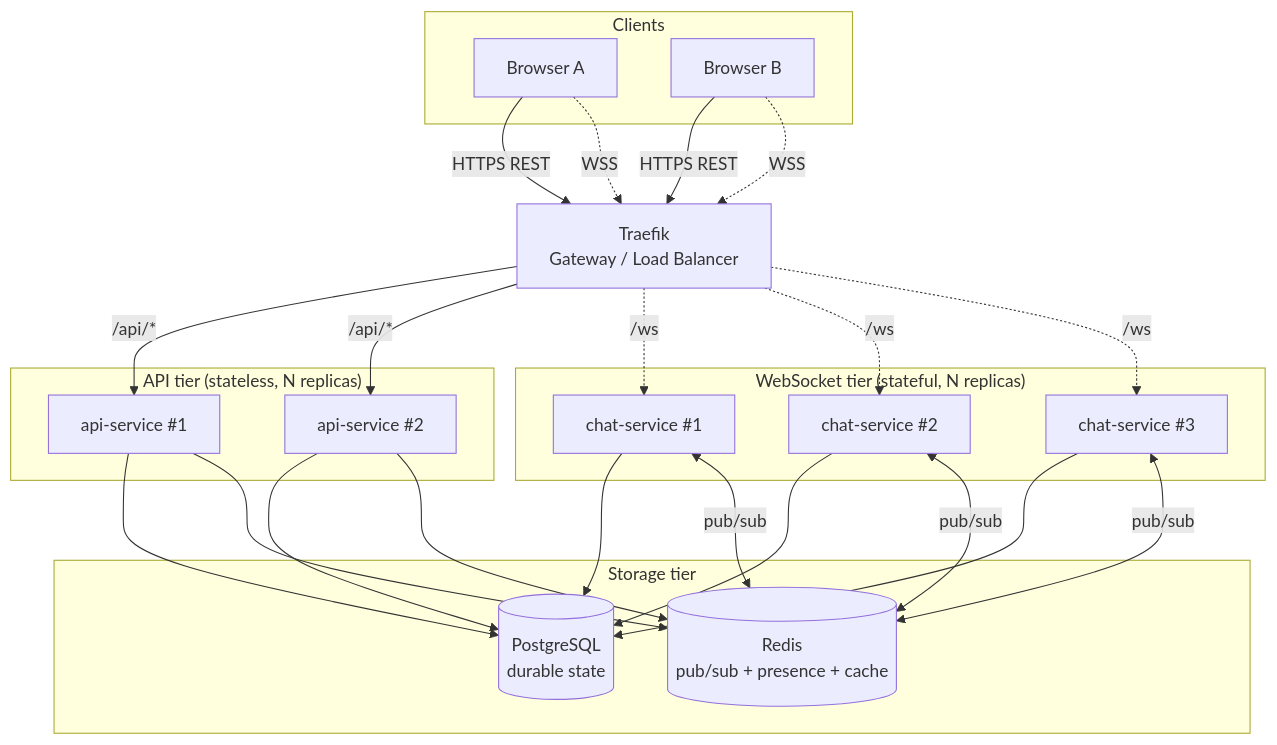
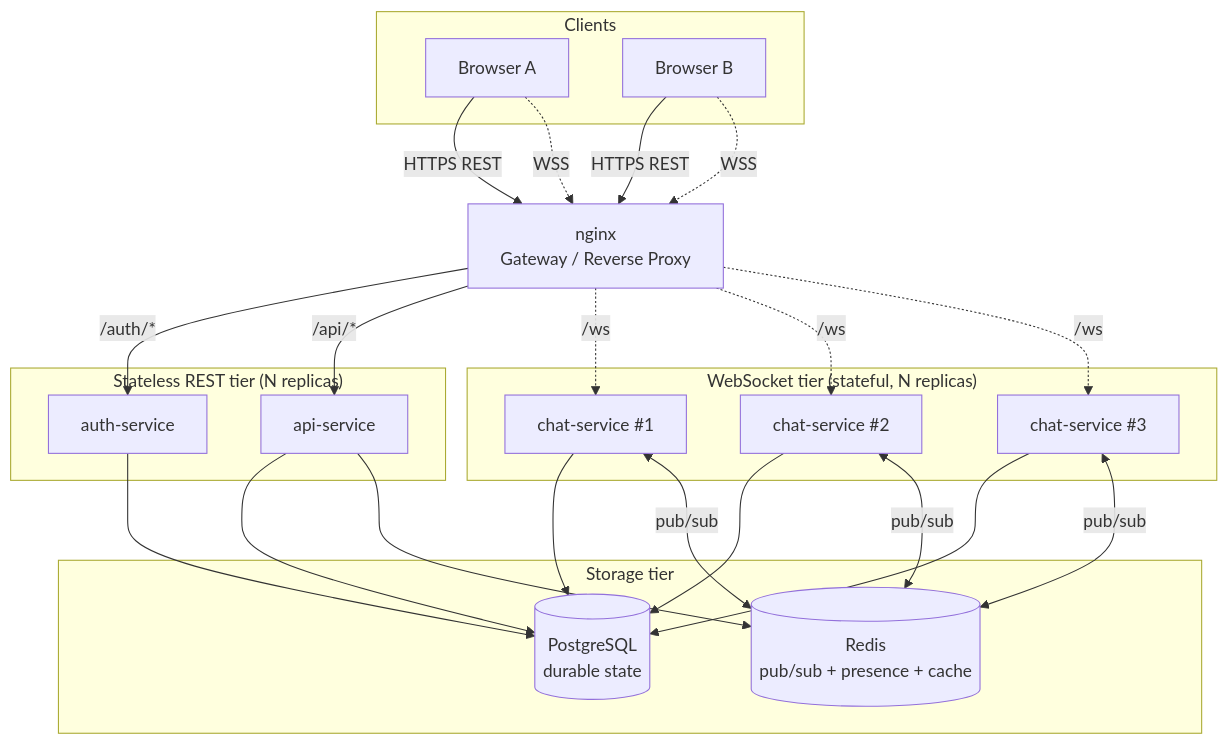
Before and after one commit to prodmatze/distributed_systems_sose_2026: the first of 7 diagrams in docs/ARCHITECTURE.md, drawn with Mermaid. The commit also changed other lines of this file and 23 other files, not shown here.

````diff
--- a/docs/ARCHITECTURE.md
+++ b/docs/ARCHITECTURE.md
@@ -19,48 +19,47 @@
 ```mermaid
 flowchart TB
     subgraph Clients[Clients]
         B1[Browser A]
         B2[Browser B]
     end
 
-    TGW[Traefik<br/>Gateway / Load Balancer]
+    GW[nginx<br/>Gateway / Reverse Proxy]
 
-    subgraph APITier["API tier (stateless, N replicas)"]
-        API1[api-service #1]
-        API2[api-service #2]
+    subgraph REST["Stateless REST tier (N replicas)"]
+        AUTH[auth-service]
+        API[api-service]
     end
 
     subgraph WSTier["WebSocket tier (stateful, N replicas)"]
         WS1[chat-service #1]
         WS2[chat-service #2]
         WS3[chat-service #3]
     end
 
     subgraph Storage[Storage tier]
         PG[(PostgreSQL<br/>durable state)]
         RD[(Redis<br/>pub/sub + presence + cache)]
     end
 
-    B1 -->|HTTPS REST| TGW
-    B2 -->|HTTPS REST| TGW
-    B1 -.->|WSS| TGW
-    B2 -.->|WSS| TGW
+    B1 -->|HTTPS REST| GW
+    B2 -->|HTTPS REST| GW
+    B1 -.->|WSS| GW
+    B2 -.->|WSS| GW
 
-    TGW -->|/api/*| API1
-    TGW -->|/api/*| API2
-    TGW -.->|/ws| WS1
-    TGW -.->|/ws| WS2
-    TGW -.->|/ws| WS3
+    GW -->|/auth/*| AUTH
+    GW -->|/api/*| API
+    GW -.->|/ws| WS1
+    GW -.->|/ws| WS2
+    GW -.->|/ws| WS3
 
-    API1 --> PG
-    API2 --> PG
+    AUTH --> PG
+    API --> PG
     WS1 --> PG
     WS2 --> PG
     WS3 --> PG
 
     WS1 <-->|pub/sub| RD
     WS2 <-->|pub/sub| RD
     WS3 <-->|pub/sub| RD
-    API1 --> RD
-    API2 --> RD
+    API --> RD
 ```
````
